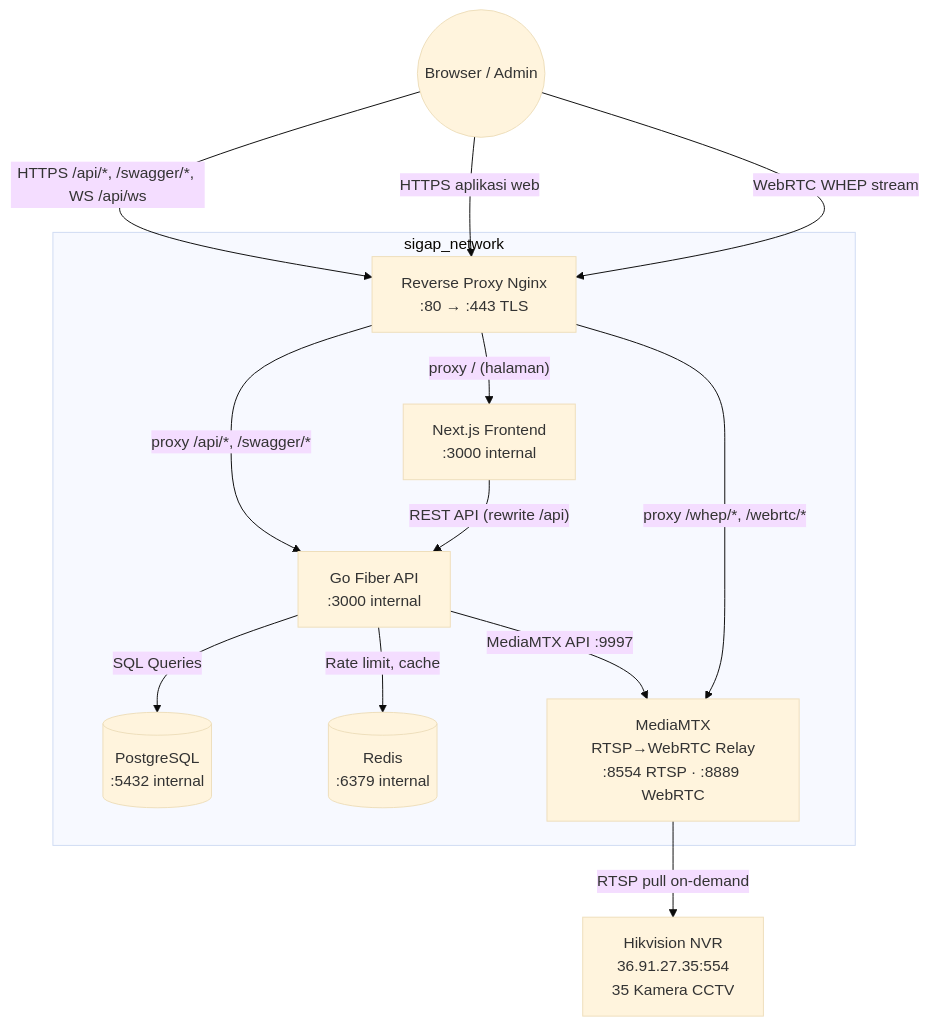
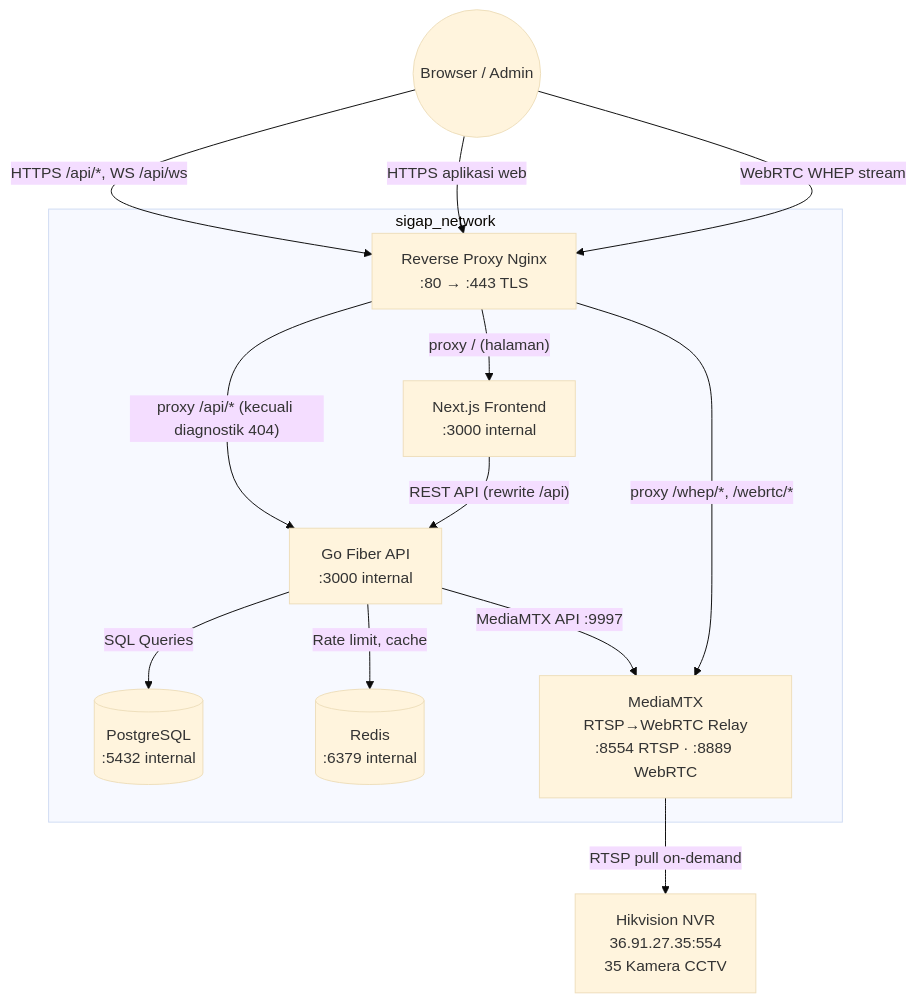
The first of 2 diagrams in README.md (notyourkise/SIGAP), drawn with Mermaid (base theme) before and after one commit. The commit also changed other lines of this file and 24 other files, not shown here.

````diff
--- a/README.md
+++ b/README.md
@@ -82,32 +82,32 @@
 ```mermaid
 graph TD
     Browser((Browser / Admin))
     Nginx[Reverse Proxy Nginx\n:80 → :443 TLS]
     Frontend[Next.js Frontend\n:3000 internal]
     Backend[Go Fiber API\n:3000 internal]
     DB[(PostgreSQL\n:5432 internal)]
     Redis[(Redis\n:6379 internal)]
     MediaMTX[MediaMTX\nRTSP→WebRTC Relay\n:8554 RTSP · :8889 WebRTC]
     NVR[Hikvision NVR\n36.91.27.35:554\n35 Kamera CCTV]
 
-    Browser -- "HTTPS /api/*, /swagger/*, WS /api/ws" --> Nginx
+    Browser -- "HTTPS /api/*, WS /api/ws" --> Nginx
     Browser -- "HTTPS aplikasi web" --> Nginx
     Browser -- "WebRTC WHEP stream" --> Nginx
-    Nginx -- "proxy /api/*, /swagger/*" --> Backend
+    Nginx -- "proxy /api/* (kecuali diagnostik 404)" --> Backend
     Nginx -- "proxy / (halaman)" --> Frontend
     Nginx -- "proxy /whep/*, /webrtc/*" --> MediaMTX
     Frontend -- "REST API (rewrite /api)" --> Backend
     Backend -- "SQL Queries" --> DB
     Backend -- "Rate limit, cache" --> Redis
     Backend -- "MediaMTX API :9997" --> MediaMTX
     MediaMTX -- "RTSP pull on-demand" --> NVR
 
     subgraph Docker Network [sigap_network]
         Nginx
         Frontend
         Backend
         DB
         Redis
         MediaMTX
     end
 ```
````
